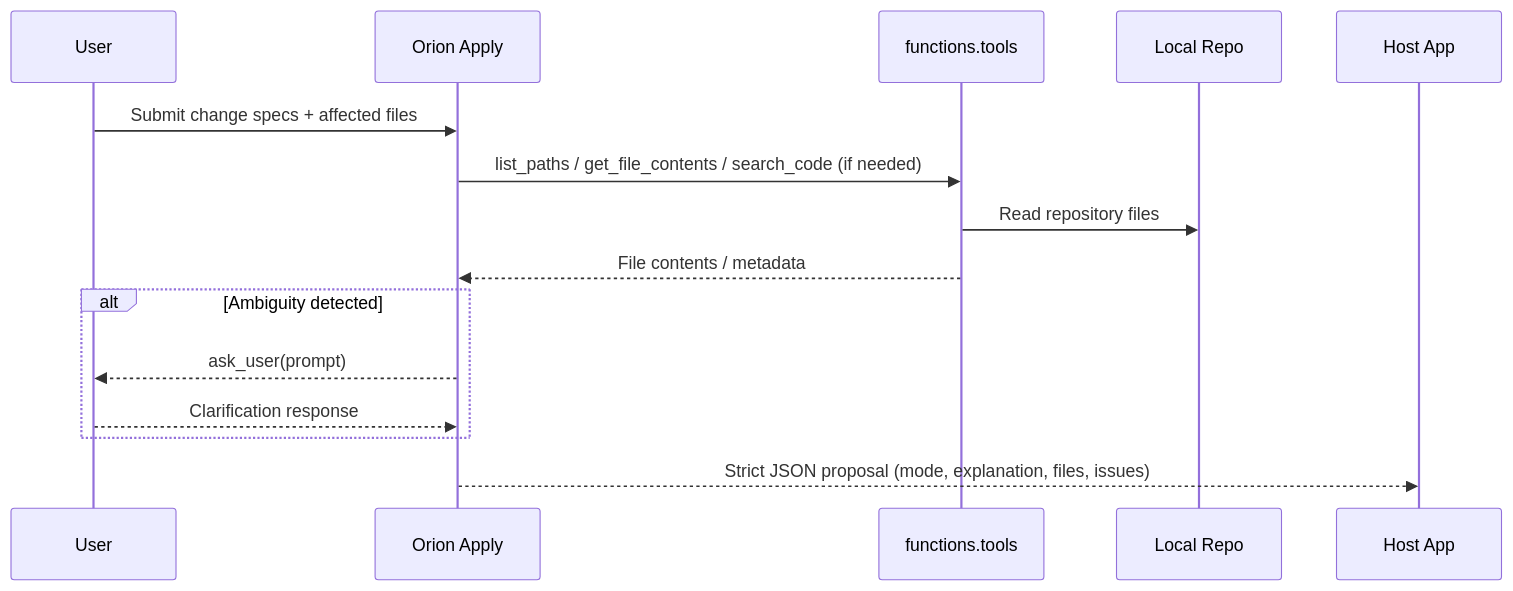
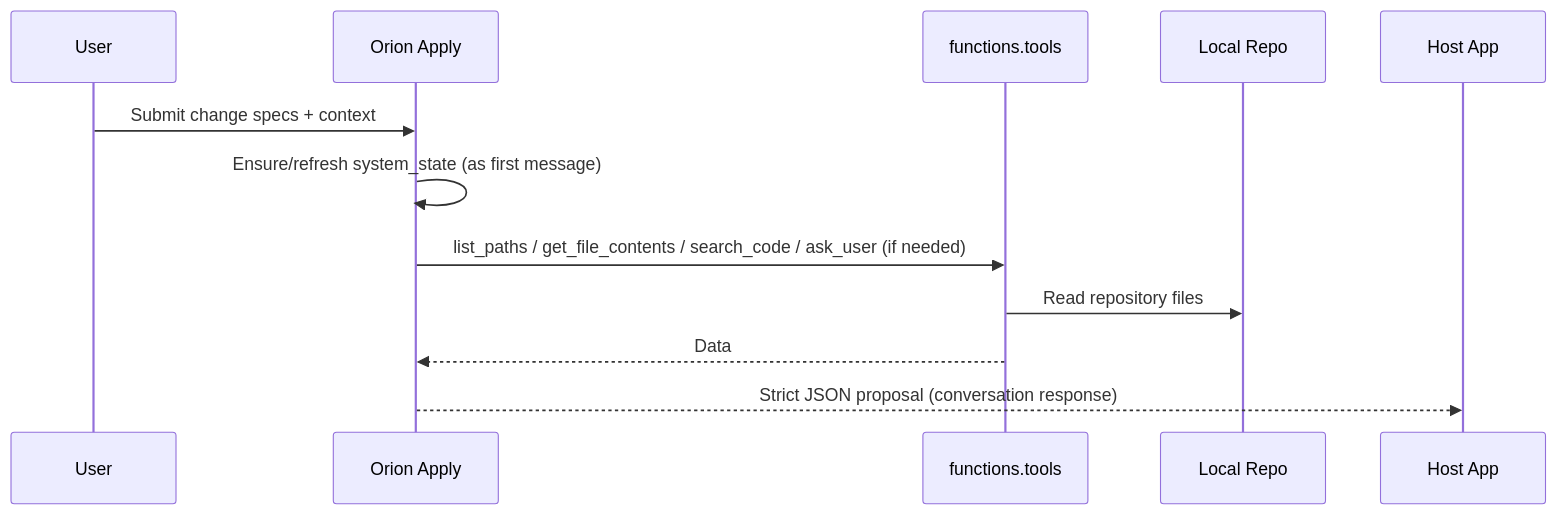
One commit to git-neka-ai/sutradhaar changed the second of 5 diagrams in Overview.md. Above: the diagram before and after it, drawn with Mermaid. The commit also changed other lines of this file, not shown here.

````diff
--- a/Overview.md
+++ b/Overview.md
@@ -76,18 +97,15 @@
 ```mermaid
 sequenceDiagram
   participant U as User
   participant O as Orion Apply
   participant T as functions.tools
   participant R as Local Repo
   participant H as Host App
 
-  U->>O: Submit change specs + affected files
-  O->>T: list_paths / get_file_contents / search_code (if needed)
+  U->>O: Submit change specs + context
+  O->>O: Ensure/refresh system_state (as first message)
+  O->>T: list_paths / get_file_contents / search_code / ask_user (if needed)
   T->>R: Read repository files
-  T-->>O: File contents / metadata
-  alt Ambiguity detected
-    O-->>U: ask_user(prompt)
-    U-->>O: Clarification response
-  end
-  O-->>H: Strict JSON proposal (mode, explanation, files, issues)
+  T-->>O: Data
+  O-->>H: Strict JSON proposal (conversation response)
 ```
````
